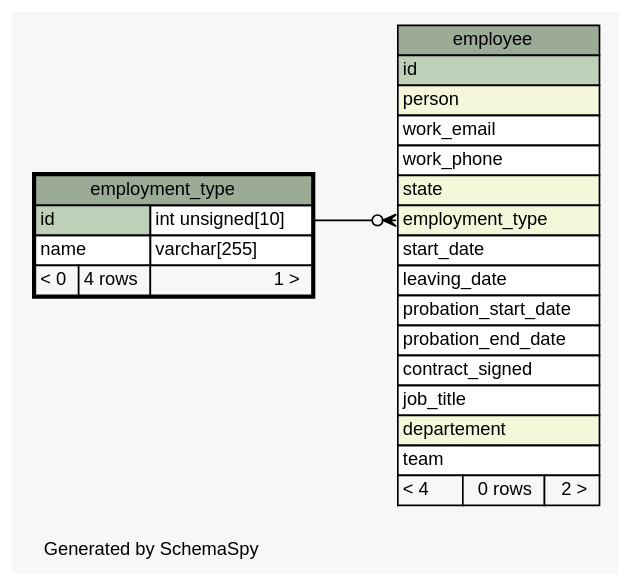
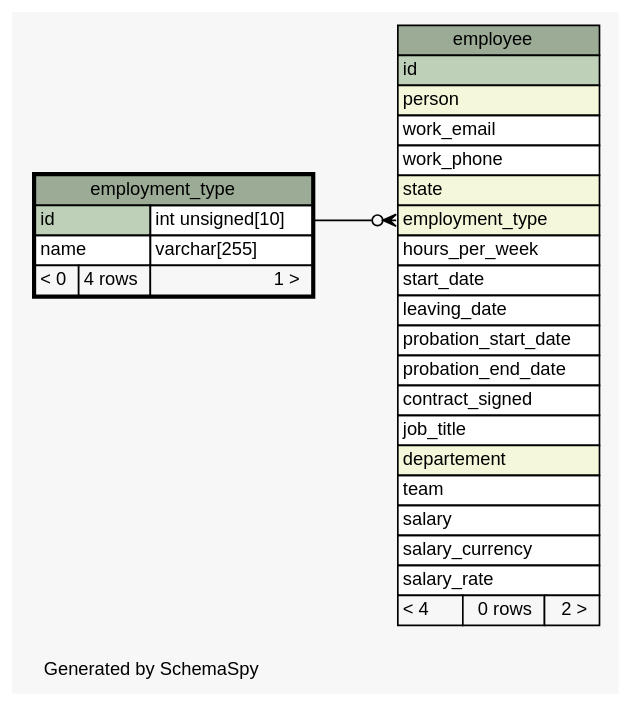
The diagram in diagrams/employment_type.1degree.dot (KaiBMP/KaiBMP.github.io), drawn with Graphviz before and after one commit. The commit also changed 136 other files, not shown here.

Commit message:
schemaspy update

```diff
--- a/diagrams/employment_type.1degree.dot
+++ b/diagrams/employment_type.1degree.dot
@@ -1,57 +1,61 @@
 // dot 2.40.1 on Linux 5.3.0-28-generic
 // SchemaSpy rev 590
 digraph "oneDegreeRelationshipsDiagram" {
   graph [
     rankdir="RL"
     bgcolor="#f7f7f7"
     label="\nGenerated by SchemaSpy"
     labeljust="l"
     nodesep="0.18"
     ranksep="0.46"
     fontname="Helvetica"
     fontsize="11"
   ];
   node [
     fontname="Helvetica"
     fontsize="11"
     shape="plaintext"
   ];
   edge [
     arrowsize="0.8"
   ];
   "employee":"employment_type":w -> "employment_type":"id.type":e [arrowhead=none dir=back arrowtail=crowodot];
   "employee" [
     label=<
     <TABLE BORDER="0" CELLBORDER="1" CELLSPACING="0" BGCOLOR="#ffffff">
       <TR><TD COLSPAN="3" BGCOLOR="#9bab96" ALIGN="CENTER">employee</TD></TR>
       <TR><TD PORT="id" COLSPAN="3" BGCOLOR="#bed1b8" ALIGN="LEFT">id</TD></TR>
       <TR><TD PORT="person" COLSPAN="3" BGCOLOR="#f4f7da" ALIGN="LEFT">person</TD></TR>
       <TR><TD PORT="work_email" COLSPAN="3" ALIGN="LEFT">work_email</TD></TR>
       <TR><TD PORT="work_phone" COLSPAN="3" ALIGN="LEFT">work_phone</TD></TR>
       <TR><TD PORT="state" COLSPAN="3" BGCOLOR="#f4f7da" ALIGN="LEFT">state</TD></TR>
       <TR><TD PORT="employment_type" COLSPAN="3" BGCOLOR="#f4f7da" ALIGN="LEFT">employment_type</TD></TR>
+      <TR><TD PORT="hours_per_week" COLSPAN="3" ALIGN="LEFT">hours_per_week</TD></TR>
       <TR><TD PORT="start_date" COLSPAN="3" ALIGN="LEFT">start_date</TD></TR>
       <TR><TD PORT="leaving_date" COLSPAN="3" ALIGN="LEFT">leaving_date</TD></TR>
       <TR><TD PORT="probation_start_date" COLSPAN="3" ALIGN="LEFT">probation_start_date</TD></TR>
       <TR><TD PORT="probation_end_date" COLSPAN="3" ALIGN="LEFT">probation_end_date</TD></TR>
       <TR><TD PORT="contract_signed" COLSPAN="3" ALIGN="LEFT">contract_signed</TD></TR>
       <TR><TD PORT="job_title" COLSPAN="3" ALIGN="LEFT">job_title</TD></TR>
       <TR><TD PORT="departement" COLSPAN="3" BGCOLOR="#f4f7da" ALIGN="LEFT">departement</TD></TR>
       <TR><TD PORT="team" COLSPAN="3" ALIGN="LEFT">team</TD></TR>
+      <TR><TD PORT="salary" COLSPAN="3" ALIGN="LEFT">salary</TD></TR>
+      <TR><TD PORT="salary_currency" COLSPAN="3" ALIGN="LEFT">salary_currency</TD></TR>
+      <TR><TD PORT="salary_rate" COLSPAN="3" ALIGN="LEFT">salary_rate</TD></TR>
       <TR><TD ALIGN="LEFT" BGCOLOR="#f7f7f7">&lt; 4</TD><TD ALIGN="RIGHT" BGCOLOR="#f7f7f7">0 rows</TD><TD ALIGN="RIGHT" BGCOLOR="#f7f7f7">2 &gt;</TD></TR>
     </TABLE>>
     URL="employee.html"
     tooltip="employee"
   ];
   "employment_type" [
     label=<
     <TABLE BORDER="2" CELLBORDER="1" CELLSPACING="0" BGCOLOR="#ffffff">
       <TR><TD COLSPAN="3" BGCOLOR="#9bab96" ALIGN="CENTER">employment_type</TD></TR>
       <TR><TD PORT="id" COLSPAN="2" BGCOLOR="#bed1b8" ALIGN="LEFT">id</TD><TD PORT="id.type" ALIGN="LEFT">int unsigned[10]</TD></TR>
       <TR><TD PORT="name" COLSPAN="2" ALIGN="LEFT">name</TD><TD PORT="name.type" ALIGN="LEFT">varchar[255]</TD></TR>
       <TR><TD ALIGN="LEFT" BGCOLOR="#f7f7f7">&lt; 0</TD><TD ALIGN="RIGHT" BGCOLOR="#f7f7f7">4 rows</TD><TD ALIGN="RIGHT" BGCOLOR="#f7f7f7">1 &gt;</TD></TR>
     </TABLE>>
     URL="employment_type.html"
     tooltip="employment_type"
   ];
 }
```
